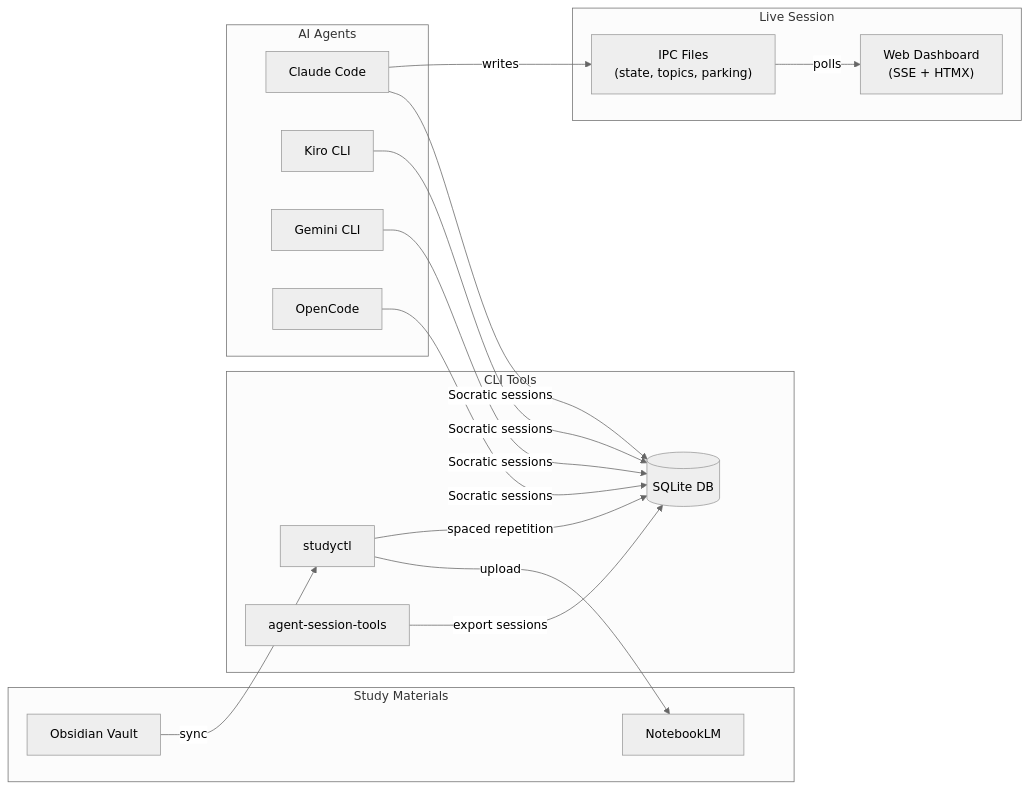
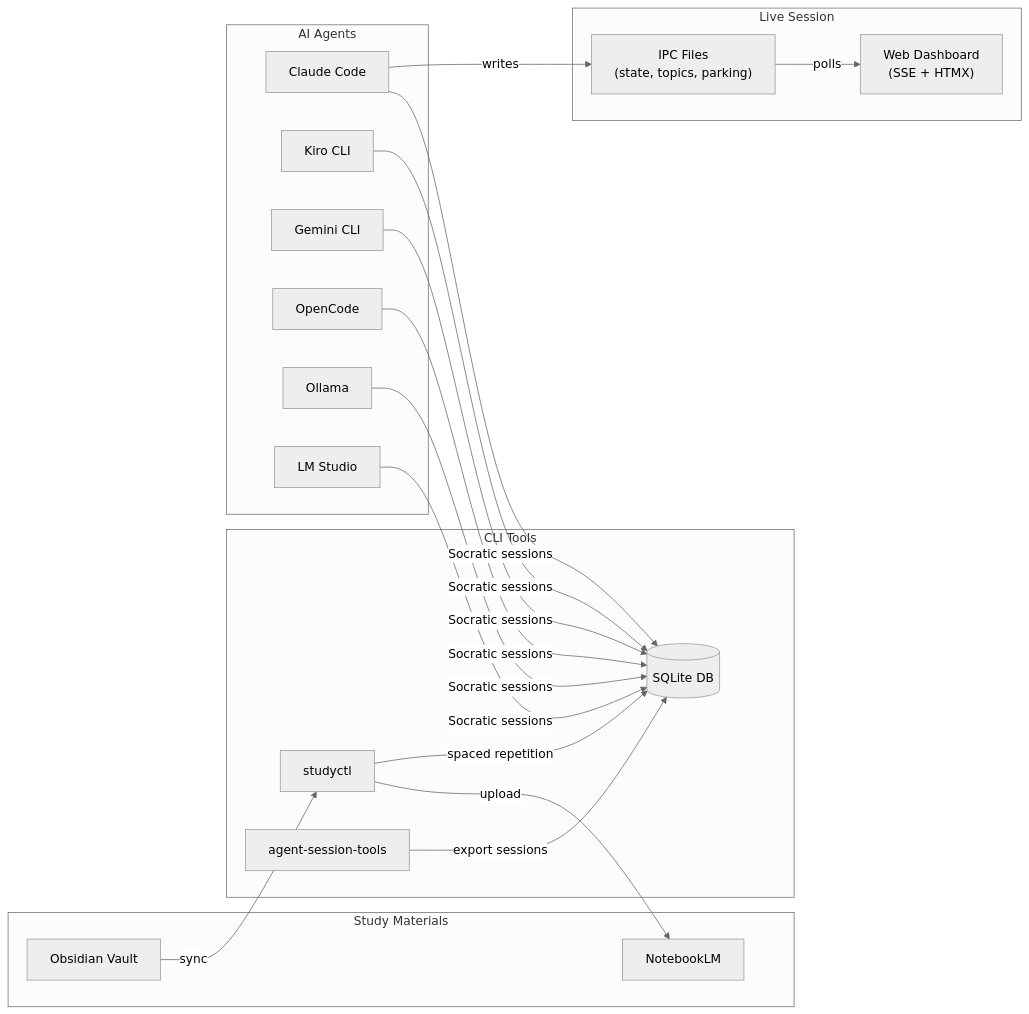
One commit to NetDevAutomate/StudyLoop changed the diagram in README.md. Above: the diagram before and after it, drawn with Mermaid (neutral theme). The commit also changed other lines of this file and 11 other files, not shown here.

````diff
--- a/README.md
+++ b/README.md
@@ -40,36 +40,40 @@
 ```mermaid
 graph LR
     subgraph "Study Materials"
         OB[Obsidian Vault]
         NLM[NotebookLM]
     end
 
     subgraph "CLI Tools"
         SC[studyctl]
         AST[agent-session-tools]
         DB[(SQLite DB)]
     end
 
     subgraph "AI Agents"
         CA[Claude Code]
         KA[Kiro CLI]
         GA[Gemini CLI]
         OA[OpenCode]
+        OL[Ollama]
+        LM[LM Studio]
     end
 
     subgraph "Live Session"
         IPC["IPC Files<br/>(state, topics, parking)"]
         SSE["Web Dashboard<br/>(SSE + HTMX)"]
     end
 
     OB -->|sync| SC
     SC -->|upload| NLM
     SC -->|spaced repetition| DB
     AST -->|export sessions| DB
     CA -->|Socratic sessions| DB
     KA -->|Socratic sessions| DB
     GA -->|Socratic sessions| DB
     OA -->|Socratic sessions| DB
+    OL -->|Socratic sessions| DB
+    LM -->|Socratic sessions| DB
     CA -->|writes| IPC
     IPC -->|polls| SSE
 ```
````
